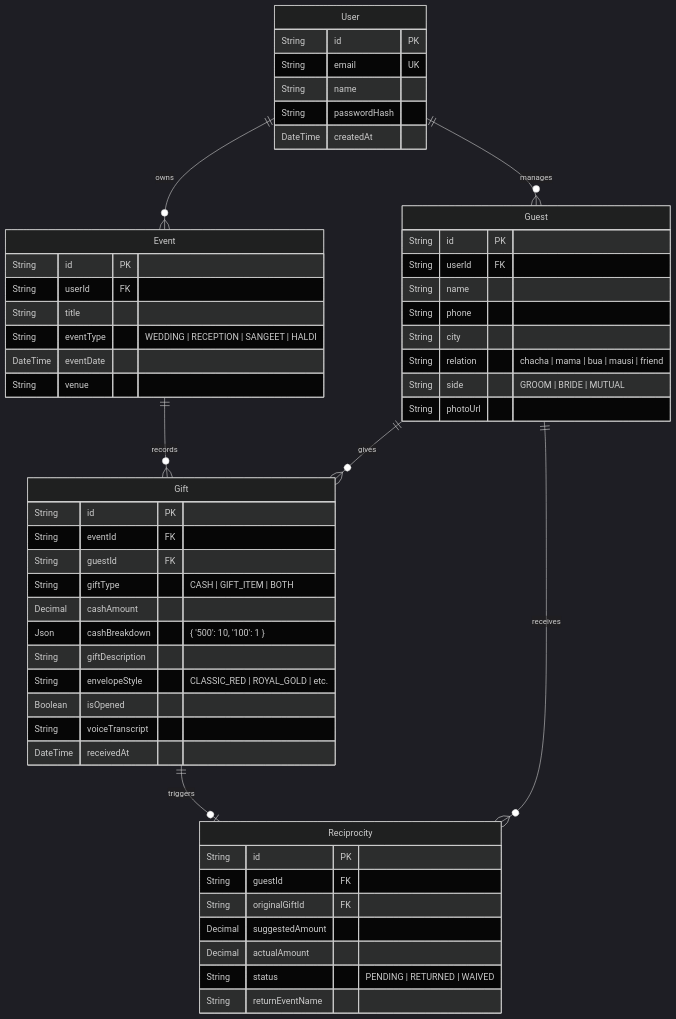
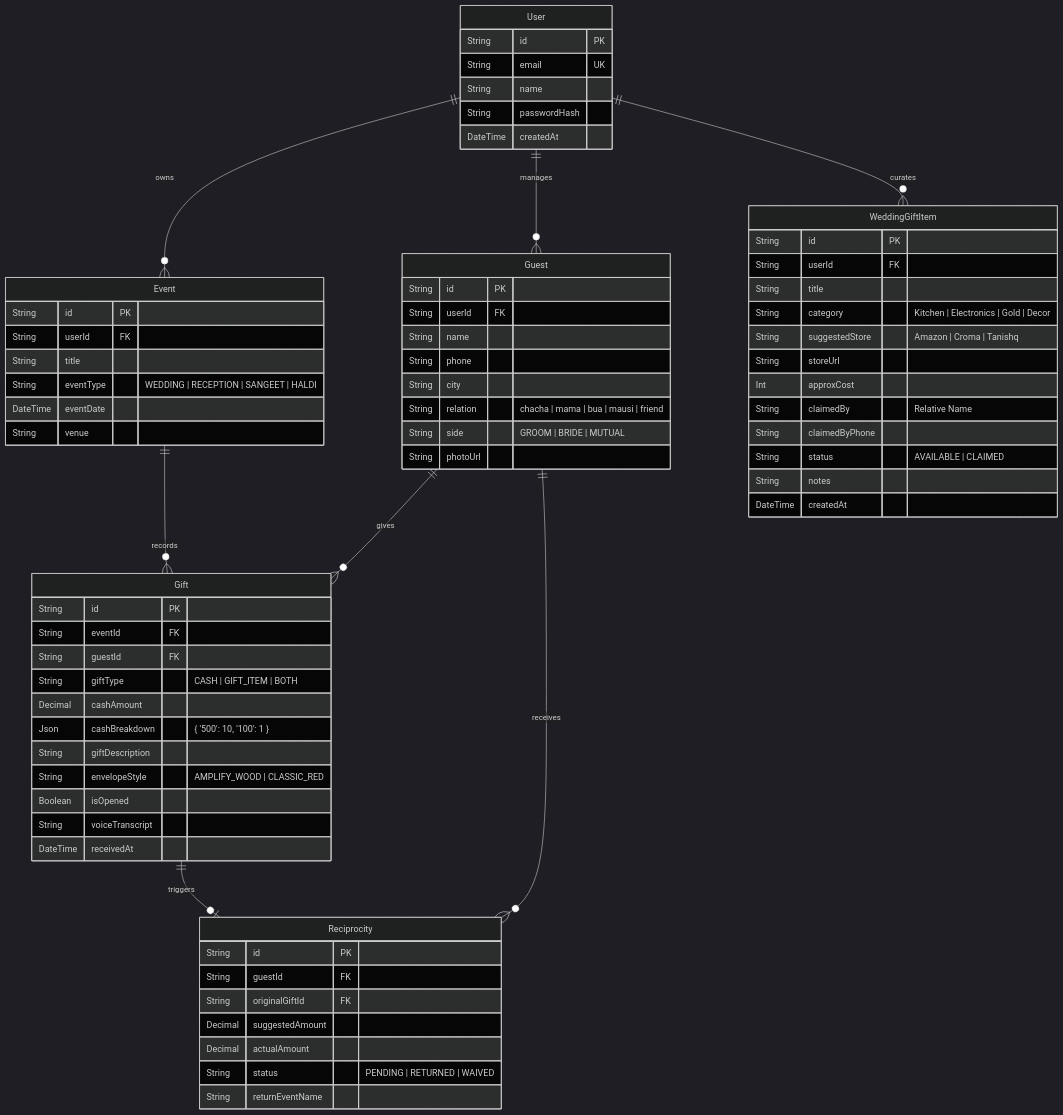
Before and after one commit to raviattrash-pro/shagun-tracker: the third of 3 diagrams in README.md, drawn with Mermaid (dark theme). The commit also changed other lines of this file and 26 other files, not shown here.

Commit message:
feat: traditional bahi-khata dashboard with live wedding gift registry, amplify teak wood envelope, and comprehensive HLD/LLD documentation

````diff
--- a/README.md
+++ b/README.md
@@ -92,61 +123,77 @@
 ```mermaid
 erDiagram
     User ||--o{ Event : "owns"
     User ||--o{ Guest : "manages"
+    User ||--o{ WeddingGiftItem : "curates"
     Event ||--o{ Gift : "records"
     Guest ||--o{ Gift : "gives"
     Gift ||--o| Reciprocity : "triggers"
     Guest ||--o{ Reciprocity : "receives"
+
+    WeddingGiftItem {
+        String id PK
+        String userId FK
+        String title
+        String category "Kitchen | Electronics | Gold | Decor"
+        String suggestedStore "Amazon | Croma | Tanishq"
+        String storeUrl
+        Int approxCost
+        String claimedBy "Relative Name"
+        String claimedByPhone
+        String status "AVAILABLE | CLAIMED"
+        String notes
+        DateTime createdAt
+    }
 
     User {
         String id PK
         String email UK
         String name
         String passwordHash
         DateTime createdAt
     }
 
     Event {
         String id PK
         String userId FK
         String title
         String eventType "WEDDING | RECEPTION | SANGEET | HALDI"
         DateTime eventDate
         String venue
     }
 
     Guest {
         String id PK
         String userId FK
         String name
         String phone
         String city
         String relation "chacha | mama | bua | mausi | friend"
         String side "GROOM | BRIDE | MUTUAL"
         String photoUrl
     }
 
     Gift {
         String id PK
         String eventId FK
         String guestId FK
         String giftType "CASH | GIFT_ITEM | BOTH"
         Decimal cashAmount
         Json cashBreakdown "{ '500': 10, '100': 1 }"
         String giftDescription
-        String envelopeStyle "CLASSIC_RED | ROYAL_GOLD | etc."
+        String envelopeStyle "AMPLIFY_WOOD | CLASSIC_RED"
         Boolean isOpened
         String voiceTranscript
         DateTime receivedAt
     }
 
     Reciprocity {
         String id PK
         String guestId FK
         String originalGiftId FK
         Decimal suggestedAmount
         Decimal actualAmount
         String status "PENDING | RETURNED | WAIVED"
         String returnEventName
     }
 ```
````
